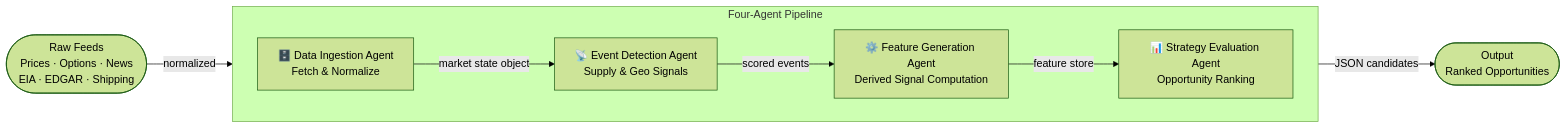
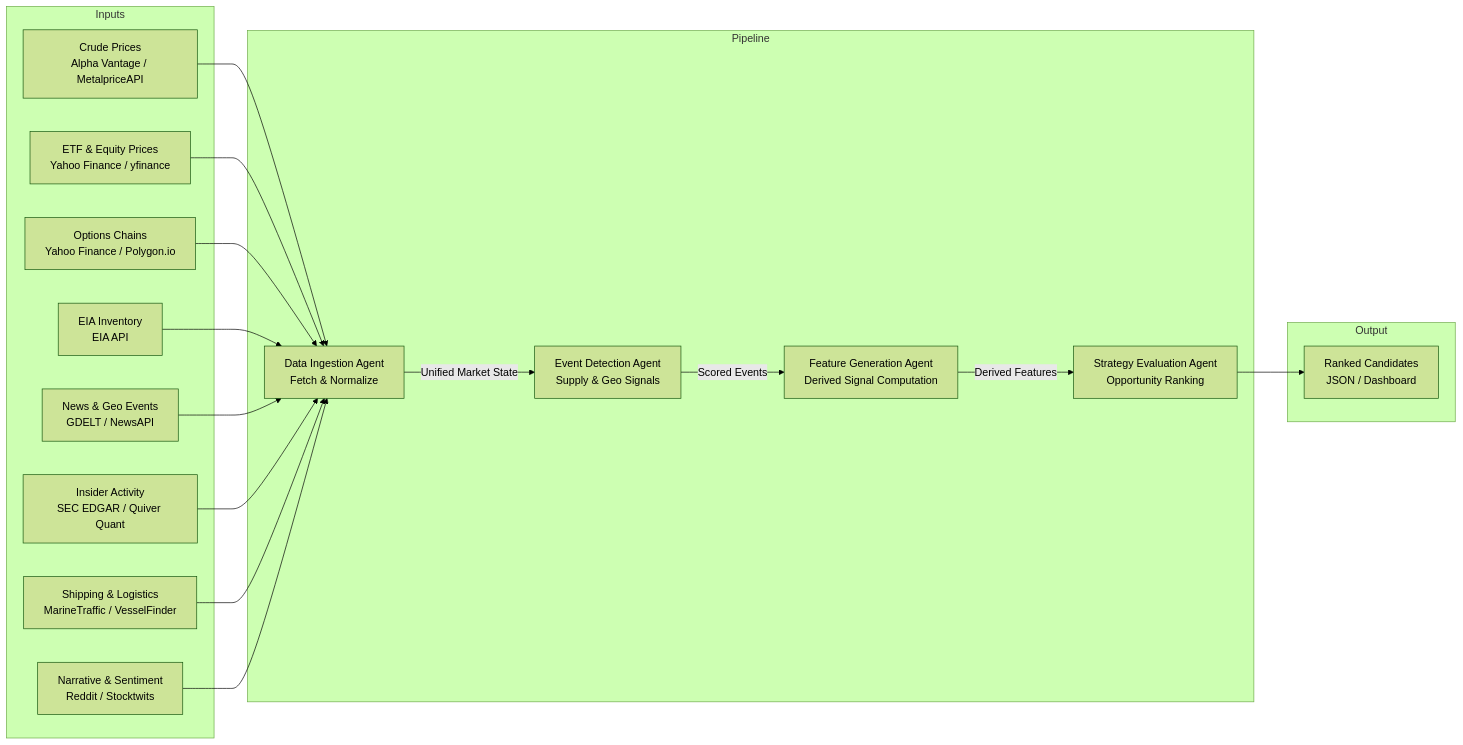
Before and after one commit to jeisenback/golden_boy_peanuts: the diagram in docs/generated/user_guide_full-pipeline.md, drawn with Mermaid (forest theme). The commit also changed other lines of this file, not shown here.

````diff
--- a/docs/generated/user_guide_full-pipeline.md
+++ b/docs/generated/user_guide_full-pipeline.md
@@ -25,21 +27,30 @@
 ```mermaid
 flowchart LR
-    A([Raw Feeds\nPrices · Options · News\nEIA · EDGAR · Shipping])
-    -->|normalized| B
-
-    subgraph agents["Four-Agent Pipeline"]
-        direction LR
-        B["🗄️ Data Ingestion Agent\nFetch & Normalize"]
-        -->|market state object| C
-
-        C["📡 Event Detection Agent\nSupply & Geo Signals"]
-        -->|scored events| D
-
-        D["⚙️ Feature Generation Agent\nDerived Signal Computation"]
-        -->|feature store| E
-
-        E["📊 Strategy Evaluation Agent\nOpportunity Ranking"]
+    subgraph Inputs
+        A1[Crude Prices\nAlpha Vantage / MetalpriceAPI]
+        A2[ETF & Equity Prices\nYahoo Finance / yfinance]
+        A3[Options Chains\nYahoo Finance / Polygon.io]
+        A4[EIA Inventory\nEIA API]
+        A5[News & Geo Events\nGDELT / NewsAPI]
+        A6[Insider Activity\nSEC EDGAR / Quiver Quant]
+        A7[Shipping & Logistics\nMarineTraffic / VesselFinder]
+        A8[Narrative & Sentiment\nReddit / Stocktwits]
     end
 
-    E -->|JSON candidates| F([Output\nRanked Opportunities])
+    subgraph Pipeline
+        B[Data Ingestion Agent\nFetch & Normalize]
+        C[Event Detection Agent\nSupply & Geo Signals]
+        D[Feature Generation Agent\nDerived Signal Computation]
+        E[Strategy Evaluation Agent\nOpportunity Ranking]
+    end
+
+    subgraph Output
+        F[Ranked Candidates\nJSON / Dashboard]
+    end
+
+    A1 & A2 & A3 & A4 & A5 & A6 & A7 & A8 --> B
+    B -->|Unified Market State| C
+    C -->|Scored Events| D
+    D -->|Derived Features| E
+    E --> F
 ```
````
